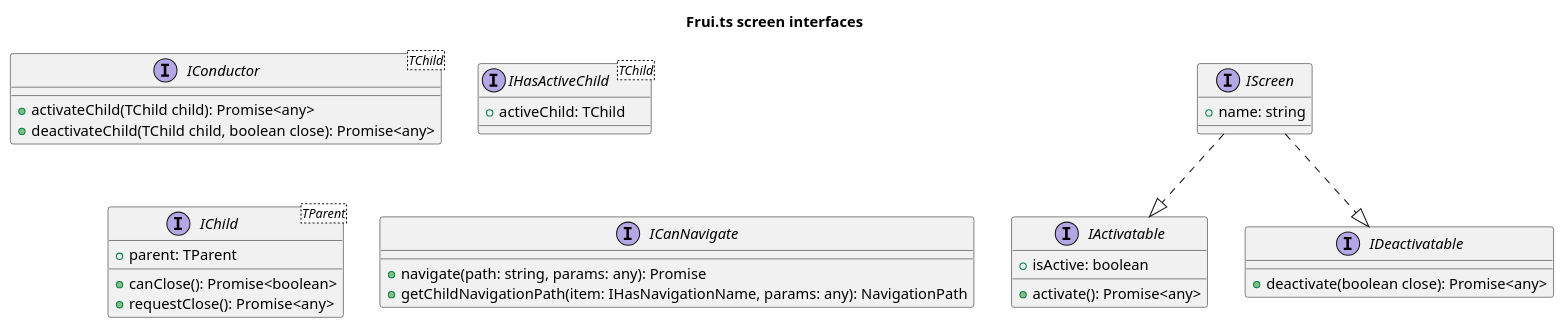
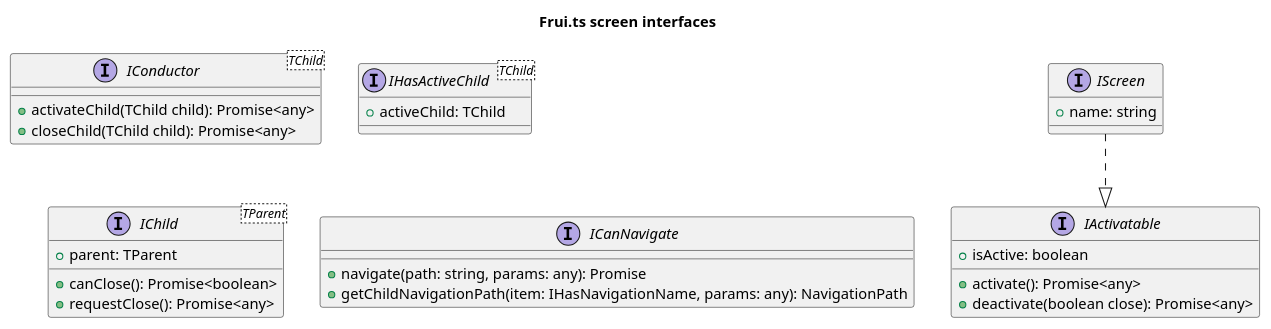
One commit to eManPrague/frui.ts changed the diagram in packages/screens/interfaces.puml. Above: the diagram before and after it, drawn with PlantUML. The commit also changed 63 other files, not shown here.

```diff
--- a/packages/screens/interfaces.puml
+++ b/packages/screens/interfaces.puml
@@ -1,42 +1,38 @@
 @startuml
 
 title Frui.ts screen interfaces
 
 interface IActivatable {
   +isActive: boolean
 
   +activate(): Promise<any>
-}
-
-interface IDeactivatable {
   +deactivate(boolean close): Promise<any>
 }
 
 interface IScreen {
   +name: string
 }
 
 IScreen ..|> IActivatable
-IScreen ..|> IDeactivatable
 
 interface IConductor<TChild> {
   +activateChild(TChild child): Promise<any>
-  +deactivateChild(TChild child, boolean close): Promise<any>
+  +closeChild(TChild child): Promise<any>
 }
 
 interface IHasActiveChild<TChild> {
   +activeChild: TChild
 }
 
 interface IChild<TParent> {
   +parent: TParent
   +canClose(): Promise<boolean>
   +requestClose(): Promise<any>
 }
 
 interface ICanNavigate {
   +navigate(path: string, params: any): Promise
   +getChildNavigationPath(item: IHasNavigationName, params: any): NavigationPath
 }
 
 @enduml
```
